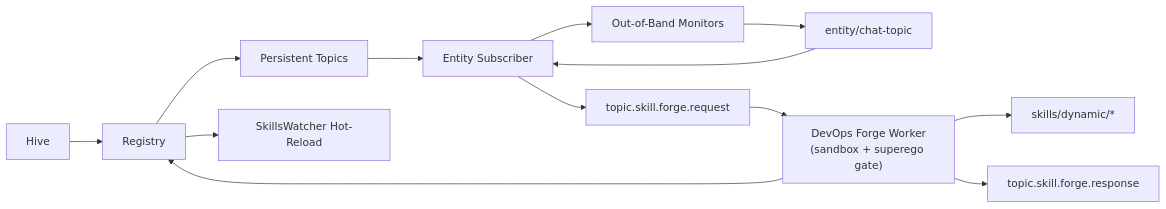
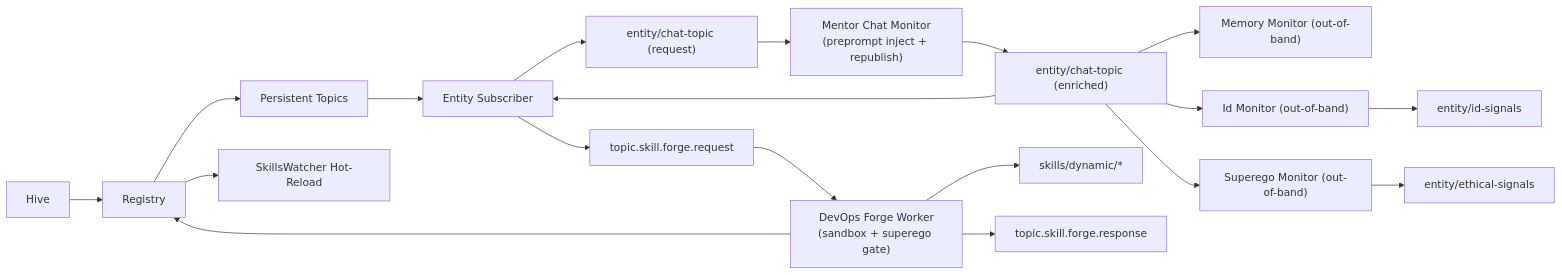
One commit to jbcupps/abigail changed the diagram in docs/architecture.md. Above: the diagram before and after it, drawn with Mermaid. The commit also changed 16 other files, not shown here.

Commit message:
feat: mentor chat monitor + out-of-band id/superego/memory layer (Phase 3) **DOCS UPDATED**

````diff
--- a/docs/architecture.md
+++ b/docs/architecture.md
@@ -5,15 +5,21 @@
 ```mermaid
 flowchart LR
     Hive[Hive] --> Registry[Registry]
     Registry --> Topics[Persistent Topics]
     Topics --> Entity[Entity Subscriber]
-    Entity --> Monitors[Out-of-Band Monitors]
-    Monitors --> ChatTopic["entity/chat-topic"]
-    ChatTopic --> Entity
+    Entity --> ChatReq["entity/chat-topic (request)"]
+    ChatReq --> Mentor["Mentor Chat Monitor<br/>(preprompt inject + republish)"]
+    Mentor --> ChatEnriched["entity/chat-topic (enriched)"]
+    ChatEnriched --> Entity
+    ChatEnriched --> MemoryOob["Memory Monitor (out-of-band)"]
+    ChatEnriched --> IdOob["Id Monitor (out-of-band)"]
+    ChatEnriched --> SuperegoOob["Superego Monitor (out-of-band)"]
+    IdOob --> IdSignals["entity/id-signals"]
+    SuperegoOob --> EthicalSignals["entity/ethical-signals"]
     Entity --> ForgeReq["topic.skill.forge.request"]
     ForgeReq --> ForgeWorker["DevOps Forge Worker<br/>(sandbox + superego gate)"]
     ForgeWorker --> Dynamic["skills/dynamic/*"]
     ForgeWorker --> Registry
     Registry --> Watcher["SkillsWatcher Hot-Reload"]
     ForgeWorker --> ForgeResp["topic.skill.forge.response"]
 ```
````
